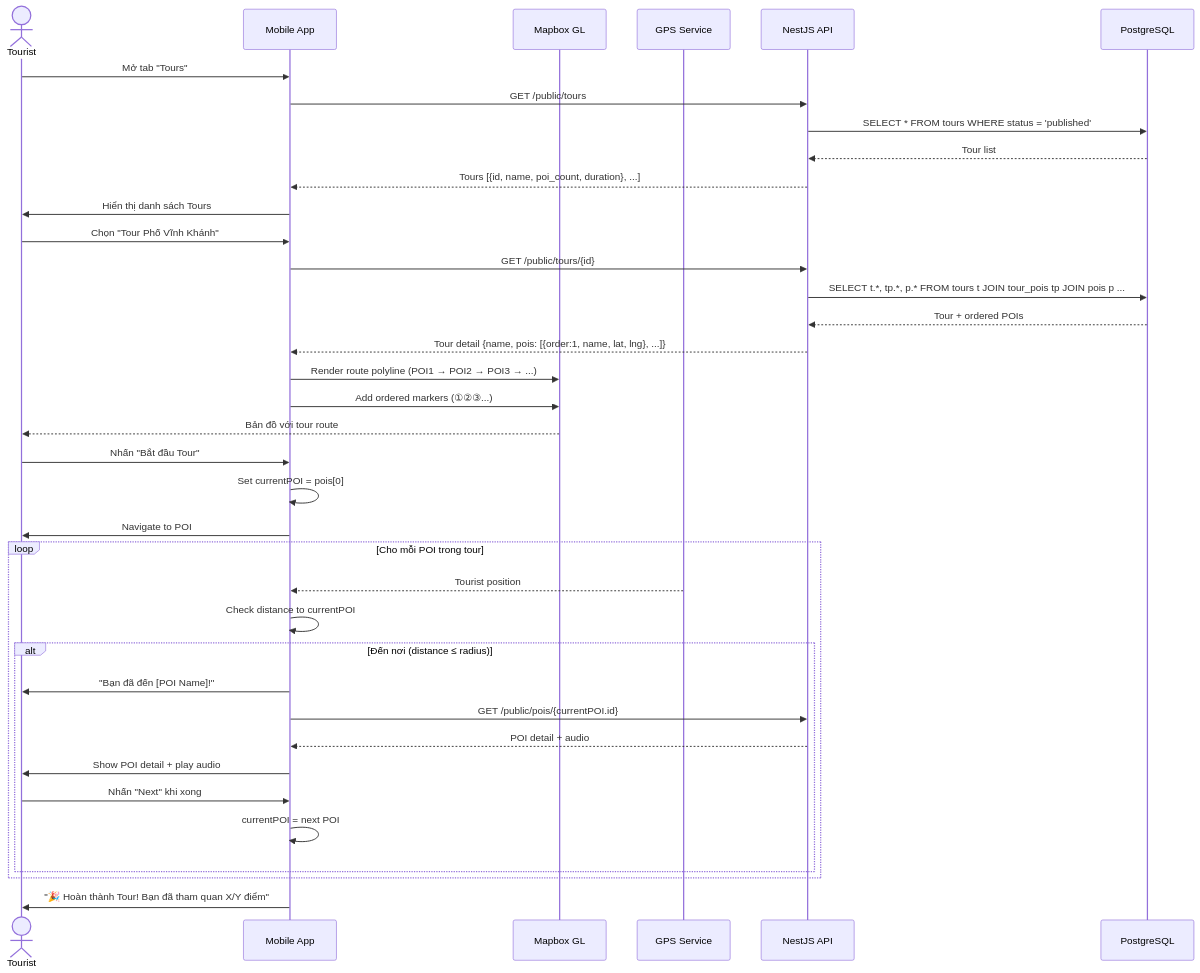
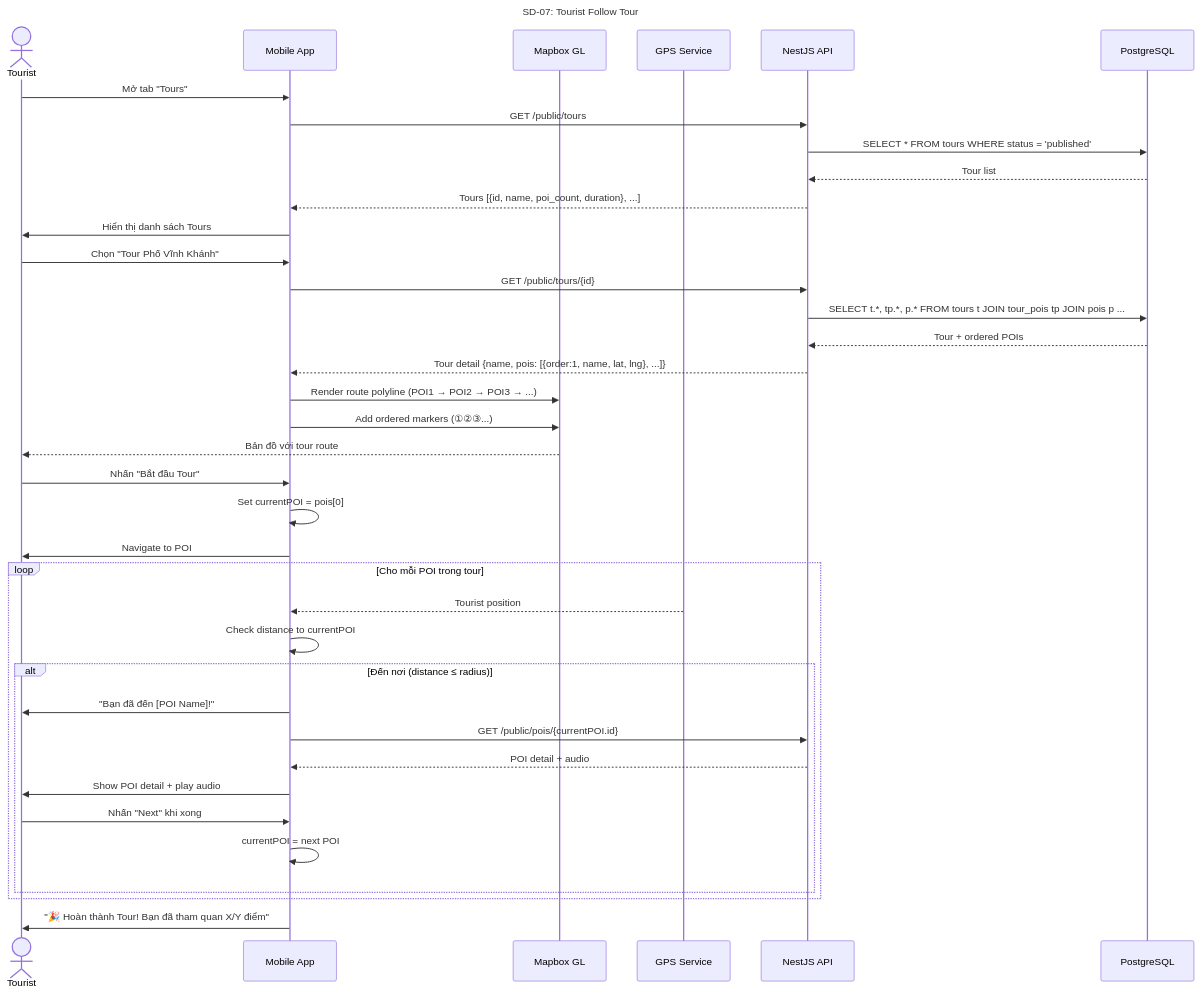
The seventh of 17 diagrams in docs/step3_prd/15_sequence_diagrams.md (Ttuandatt/Seminar), drawn with Mermaid before and after one commit. The commit also changed other lines of this file, not shown here.

Commit message:
docs(sequence): add title labels to all 17 mermaid sequence diagrams for draw.io identification

````diff
--- a/docs/step3_prd/15_sequence_diagrams.md
+++ b/docs/step3_prd/15_sequence_diagrams.md
@@ -299,46 +305,47 @@
 ```mermaid
 sequenceDiagram
+    title SD-07: Tourist Follow Tour
     actor Tourist
     participant App as Mobile App
     participant Map as Mapbox GL
     participant GPS as GPS Service
     participant API as NestJS API
     participant DB as PostgreSQL
 
     Tourist->>App: Mở tab "Tours"
     App->>API: GET /public/tours
     API->>DB: SELECT * FROM tours WHERE status = 'published'
     DB-->>API: Tour list
     API-->>App: Tours [{id, name, poi_count, duration}, ...]
     App->>Tourist: Hiển thị danh sách Tours
 
     Tourist->>App: Chọn "Tour Phố Vĩnh Khánh"
     App->>API: GET /public/tours/{id}
     API->>DB: SELECT t.*, tp.*, p.* FROM tours t JOIN tour_pois tp JOIN pois p ...
     DB-->>API: Tour + ordered POIs
     API-->>App: Tour detail {name, pois: [{order:1, name, lat, lng}, ...]}
 
     App->>Map: Render route polyline (POI1 → POI2 → POI3 → ...)
     App->>Map: Add ordered markers (①②③...)
     Map-->>Tourist: Bản đồ với tour route
 
     Tourist->>App: Nhấn "Bắt đầu Tour"
     App->>App: Set currentPOI = pois[0]
     App->>Tourist: Navigate to POI #1
 
     loop Cho mỗi POI trong tour
         GPS-->>App: Tourist position
         App->>App: Check distance to currentPOI
         
         alt Đến nơi (distance ≤ radius)
             App->>Tourist: "Bạn đã đến [POI Name]!"
             App->>API: GET /public/pois/{currentPOI.id}
             API-->>App: POI detail + audio
             App->>Tourist: Show POI detail + play audio
             Tourist->>App: Nhấn "Next" khi xong
             App->>App: currentPOI = next POI
         end
     end
 
     App->>Tourist: "🎉 Hoàn thành Tour! Bạn đã tham quan X/Y điểm"
 ```
````
